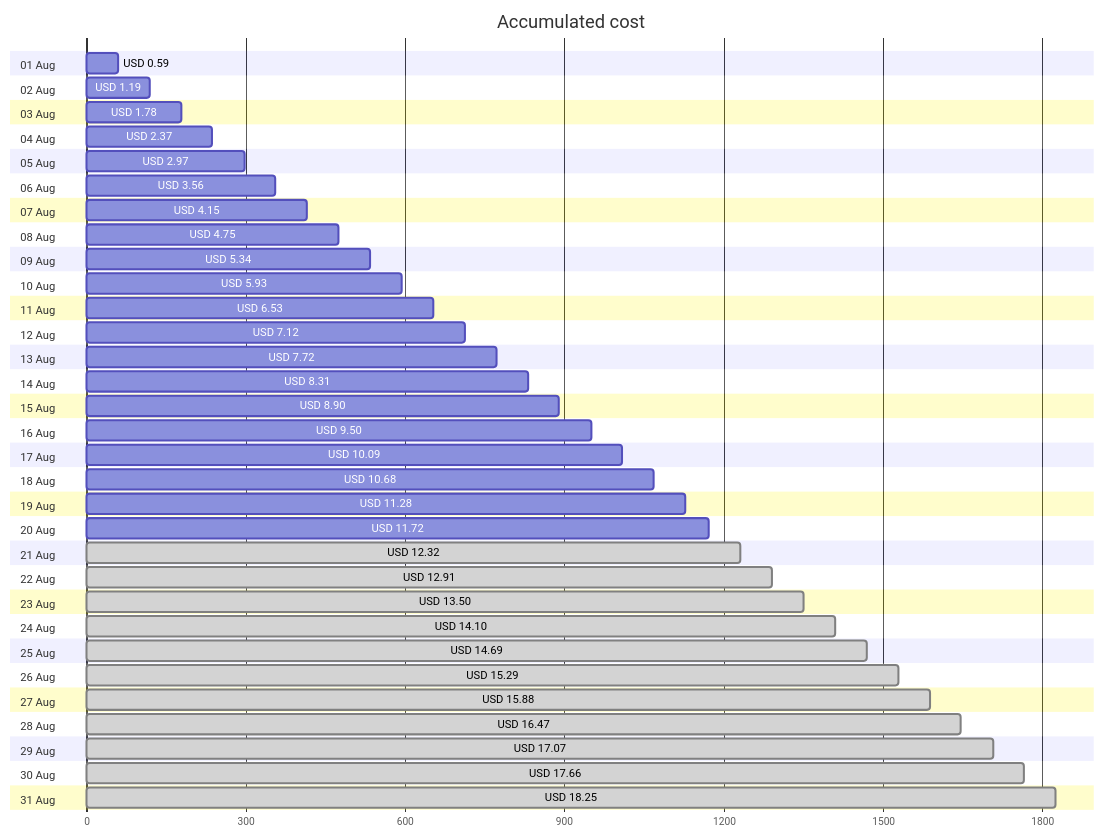
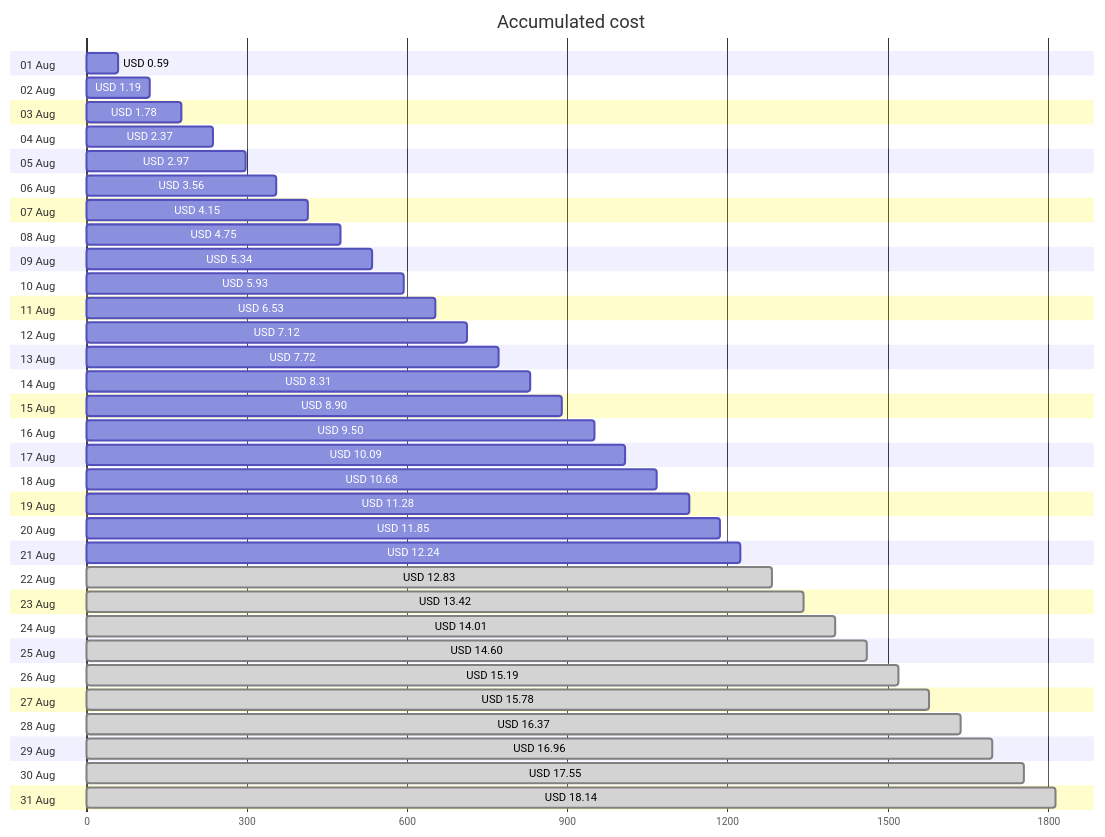
One commit to jpfulton/azure-personal-reports changed the first of 4 diagrams in cost-reports/personal-site/README.md. Above: the diagram before and after it, drawn with Mermaid. The commit also changed other lines of this file and 6 other files, not shown here.

````diff
--- a/cost-reports/personal-site/README.md
+++ b/cost-reports/personal-site/README.md
@@ -20,68 +20,68 @@
 ```mermaid
 gantt
    title Accumulated cost
    dateFormat  X
    axisFormat %s
    section 01 Aug
    USD 0.59 :0, 59
    section 02 Aug
    USD 1.19 :0, 119
    section 03 Aug
    USD 1.78 :0, 178
    section 04 Aug
    USD 2.37 :0, 237
    section 05 Aug
    USD 2.97 :0, 297
    section 06 Aug
    USD 3.56 :0, 356
    section 07 Aug
    USD 4.15 :0, 415
    section 08 Aug
    USD 4.75 :0, 475
    section 09 Aug
    USD 5.34 :0, 534
    section 10 Aug
    USD 5.93 :0, 593
    section 11 Aug
    USD 6.53 :0, 653
    section 12 Aug
    USD 7.12 :0, 712
    section 13 Aug
    USD 7.72 :0, 772
    section 14 Aug
    USD 8.31 :0, 831
    section 15 Aug
    USD 8.90 :0, 890
    section 16 Aug
    USD 9.50 :0, 950
    section 17 Aug
    USD 10.09 :0, 1009
    section 18 Aug
    USD 10.68 :0, 1068
    section 19 Aug
    USD 11.28 :0, 1128
    section 20 Aug
-   USD 11.72 :0, 1172
+   USD 11.85 :0, 1185
    section 21 Aug
-   USD 12.32 : done, 0, 1232
+   USD 12.24 :0, 1224
    section 22 Aug
-   USD 12.91 : done, 0, 1291
+   USD 12.83 : done, 0, 1283
    section 23 Aug
-   USD 13.50 : done, 0, 1350
+   USD 13.42 : done, 0, 1342
    section 24 Aug
-   USD 14.10 : done, 0, 1410
+   USD 14.01 : done, 0, 1401
    section 25 Aug
-   USD 14.69 : done, 0, 1469
+   USD 14.60 : done, 0, 1460
    section 26 Aug
-   USD 15.29 : done, 0, 1529
+   USD 15.19 : done, 0, 1519
    section 27 Aug
-   USD 15.88 : done, 0, 1588
+   USD 15.78 : done, 0, 1578
    section 28 Aug
-   USD 16.47 : done, 0, 1647
+   USD 16.37 : done, 0, 1637
    section 29 Aug
-   USD 17.07 : done, 0, 1707
+   USD 16.96 : done, 0, 1696
    section 30 Aug
-   USD 17.66 : done, 0, 1766
+   USD 17.55 : done, 0, 1755
    section 31 Aug
-   USD 18.25 : done, 0, 1825
+   USD 18.14 : done, 0, 1814
 ```
````
